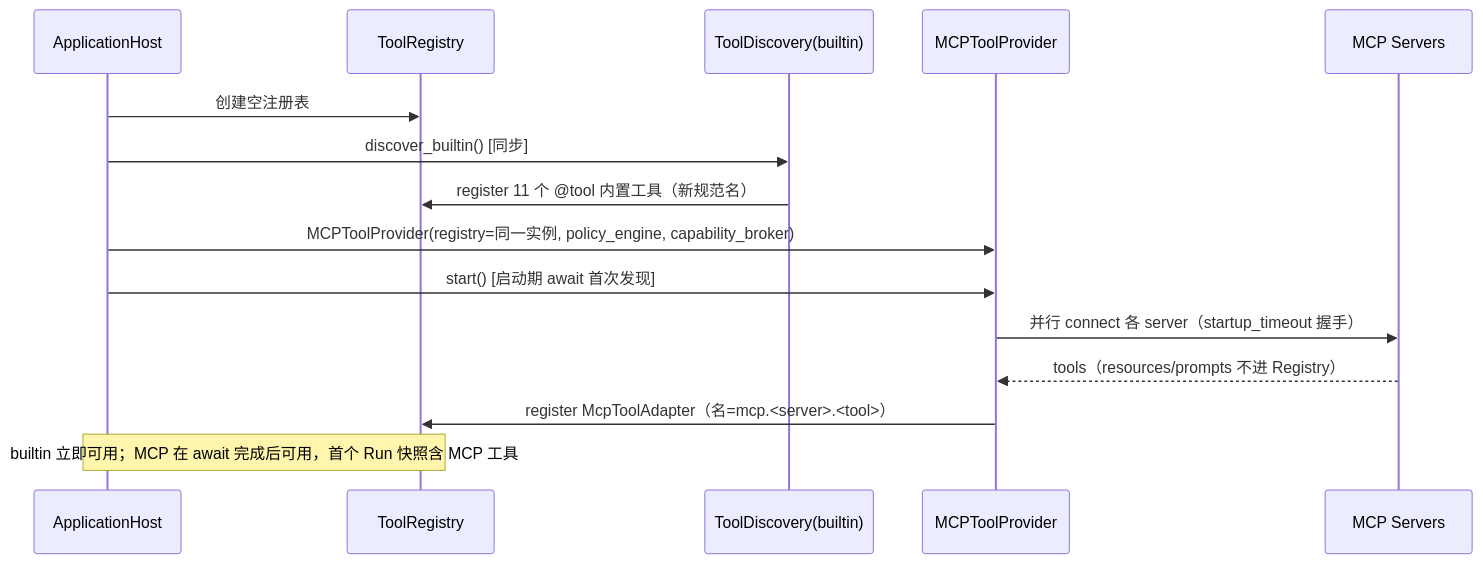
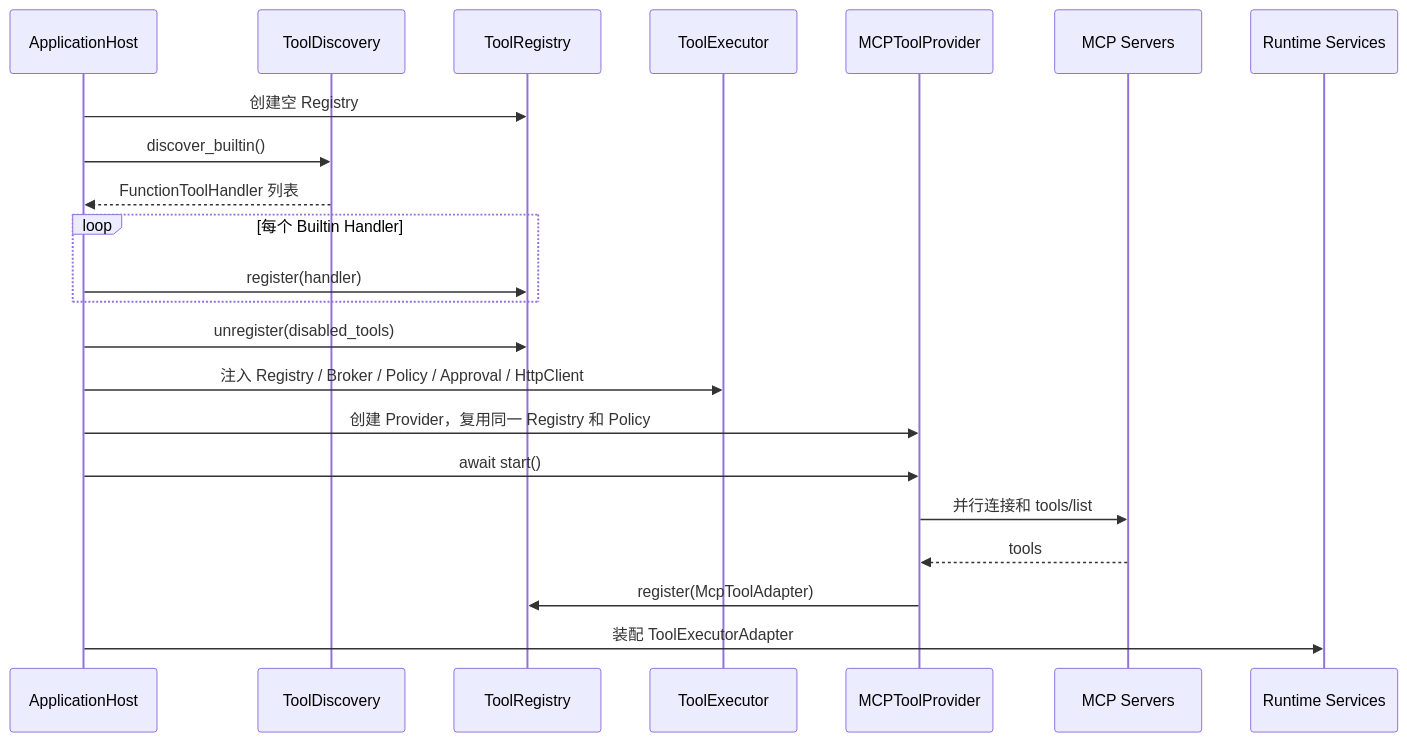
The fifth of 11 diagrams in docs/wiki/Tool 模块总体说明.md (aandbcct/dotClaw), drawn with Mermaid before and after one commit. The commit also changed other lines of this file and 6 other files, not shown here.

````diff
--- a/docs/wiki/Tool 模块总体说明.md
+++ b/docs/wiki/Tool 模块总体说明.md
@@ -257,18 +965,25 @@
 ```mermaid
 sequenceDiagram
-    participant F as ApplicationHost
-    participant R as ToolRegistry
-    participant B as ToolDiscovery(builtin)
-    participant M as MCPToolProvider
-    participant Ext as MCP Servers
+    participant Host as ApplicationHost
+    participant Discovery as ToolDiscovery
+    participant Registry as ToolRegistry
+    participant Executor as ToolExecutor
+    participant MCP as MCPToolProvider
+    participant Server as MCP Servers
+    participant Runtime as Runtime Services
 
-    F->>R: 创建空注册表
-    F->>B: discover_builtin()  [同步]
-    B->>R: register 11 个 @tool 内置工具（新规范名）
-    F->>M: MCPToolProvider(registry=同一实例, policy_engine, capability_broker)
-    F->>M: start()  [启动期 await 首次发现]
-    M->>Ext: 并行 connect 各 server（startup_timeout 握手）
-    Ext-->>M: tools（resources/prompts 不进 Registry）
-    M->>R: register McpToolAdapter（名=mcp.<server>.<tool>）
-    Note over F,R: builtin 立即可用；MCP 在 await 完成后可用，首个 Run 快照含 MCP 工具
+    Host->>Registry: 创建空 Registry
+    Host->>Discovery: discover_builtin()
+    Discovery-->>Host: FunctionToolHandler 列表
+    loop 每个 Builtin Handler
+        Host->>Registry: register(handler)
+    end
+    Host->>Registry: unregister(disabled_tools)
+    Host->>Executor: 注入 Registry / Broker / Policy / Approval / HttpClient
+    Host->>MCP: 创建 Provider，复用同一 Registry 和 Policy
+    Host->>MCP: await start()
+    MCP->>Server: 并行连接和 tools/list
+    Server-->>MCP: tools
+    MCP->>Registry: register(McpToolAdapter)
+    Host->>Runtime: 装配 ToolExecutorAdapter
 ```
````
